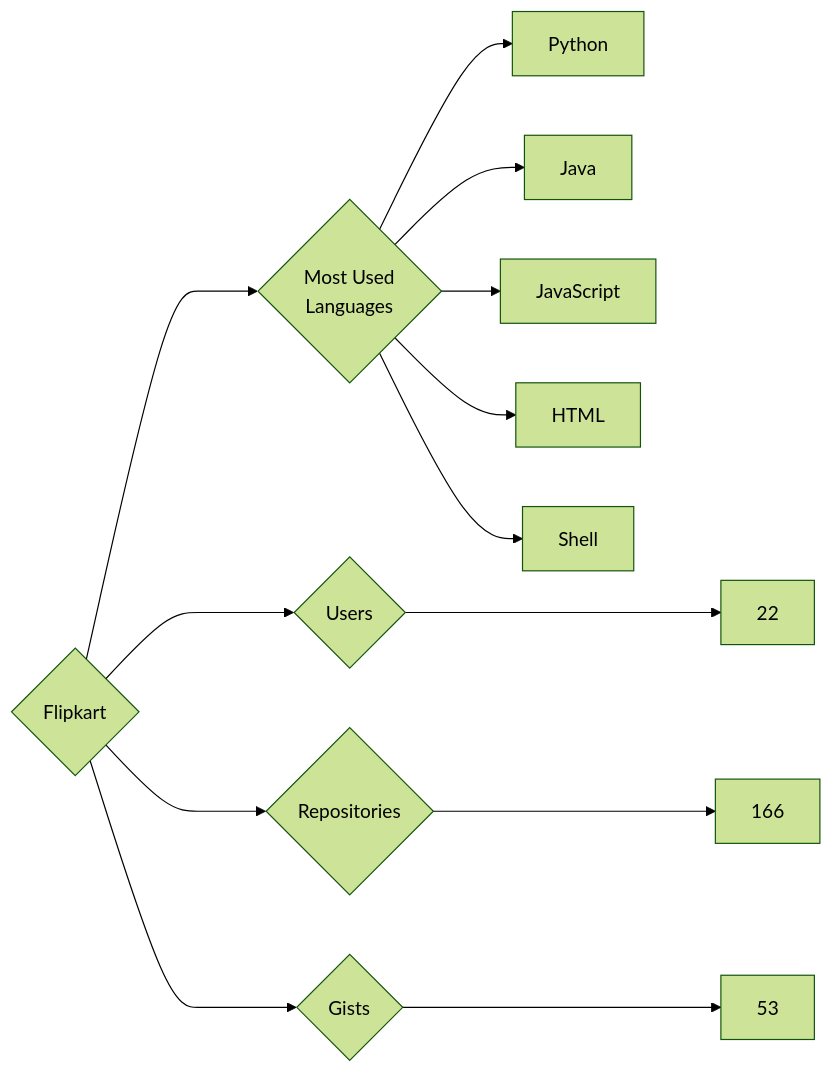
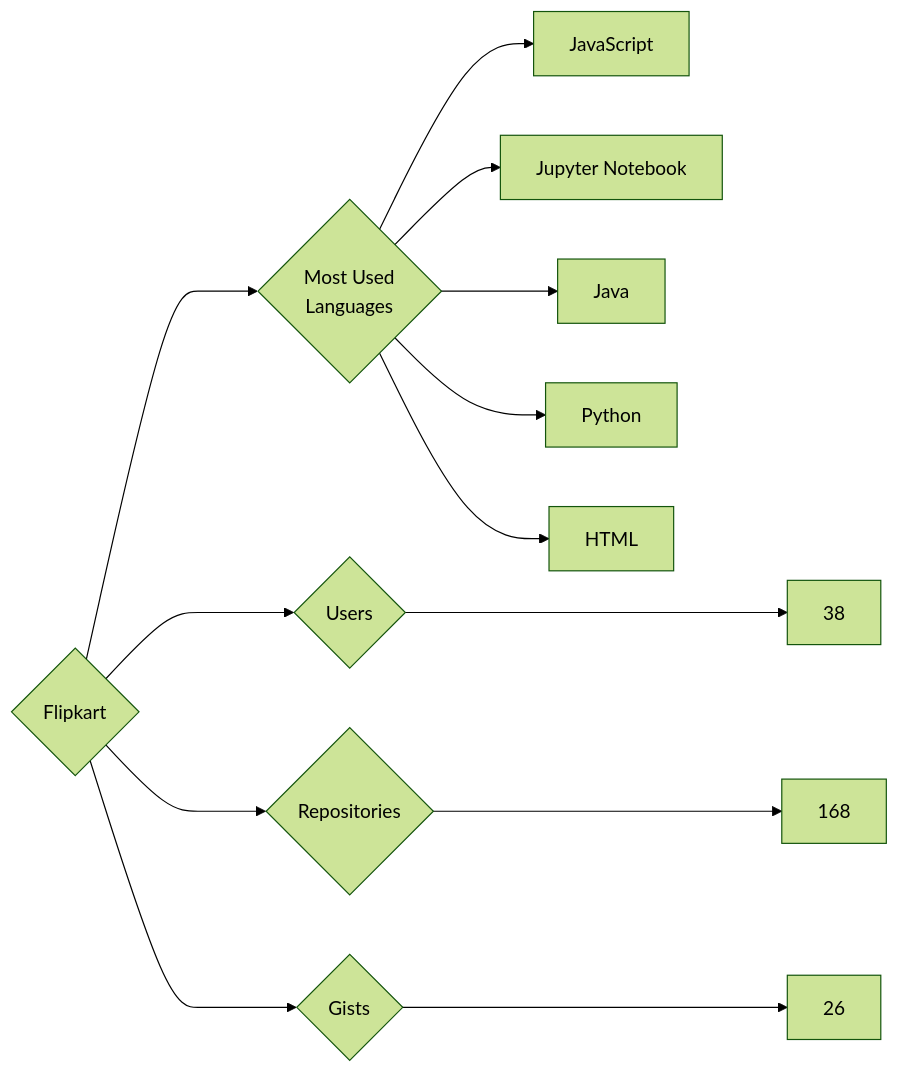
Before and after one commit to trickest/insiders: the diagram in targets/Flipkart/README.md, drawn with Mermaid (forest theme). The commit also changed 882 other files, not shown here.

````diff
--- a/targets/Flipkart/README.md
+++ b/targets/Flipkart/README.md
@@ -3,13 +3,13 @@
 ```mermaid
 graph LR
 COMPANY_NAME{Flipkart}
-COMPANY_NAME ---> U{Users} ---> UN[22]
-COMPANY_NAME ---> R{Repositories} ---> RN[166]
-COMPANY_NAME ---> G{Gists} ---> GN[53]
+COMPANY_NAME ---> U{Users} ---> UN[38]
+COMPANY_NAME ---> R{Repositories} ---> RN[168]
+COMPANY_NAME ---> G{Gists} ---> GN[26]
 COMPANY_NAME ---> ML{Most Used<br>Languages}
+ML --> JavaScript[JavaScript]
+ML --> Jupyter_Notebook[Jupyter Notebook]
+ML --> Java[Java]
 ML --> Python[Python]
-ML --> Java[Java]
-ML --> JavaScript[JavaScript]
 ML --> HTML[HTML]
-ML --> Shell[Shell]
 ```
````
